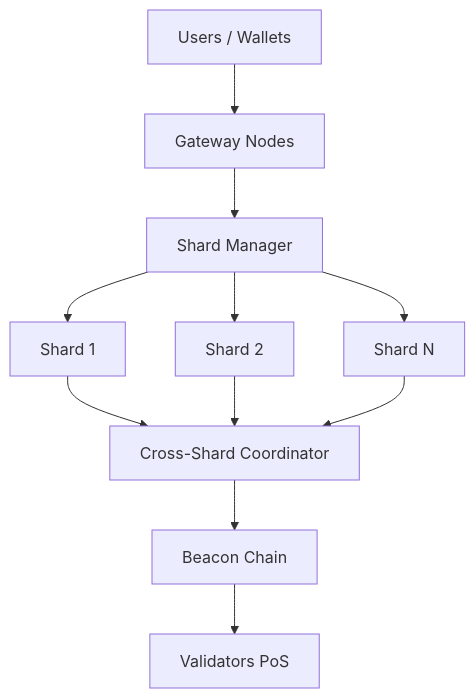
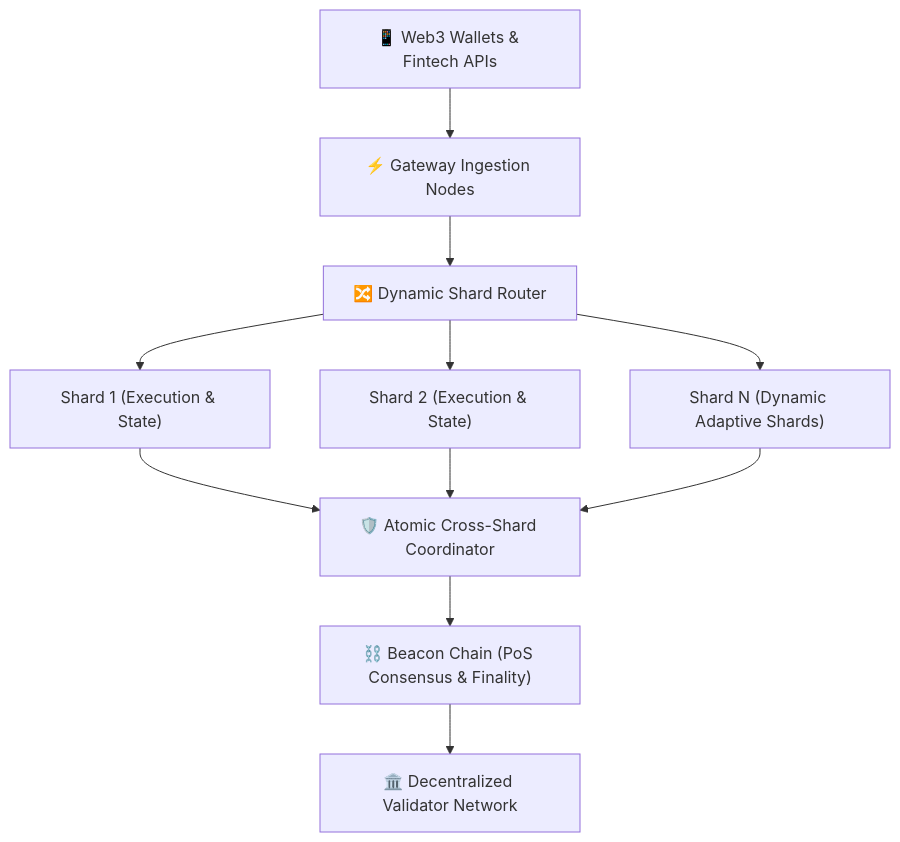
One commit to ishandutta2007/CoinsFlow changed the diagram in README.md. Above: the diagram before and after it, drawn with Mermaid. The commit also changed other lines of this file, not shown here.

````diff
--- a/README.md
+++ b/README.md
@@ -84,9 +91,11 @@
 ```mermaid
 graph TD
-    A[Users / Wallets] --> B[Gateway Nodes]
-    B --> C[Shard Manager]
-    C --> D[Shard 1] & E[Shard 2] & F[Shard N]
-    D & E & F --> G[Cross-Shard Coordinator]
-    G --> H[Beacon Chain]
-    H --> I[Validators PoS]
+    User["📱 Web3 Wallets & Fintech APIs"] --> Gateway["⚡ Gateway Ingestion Nodes"]
+    Gateway --> Router["🔀 Dynamic Shard Router"]
+    Router --> S1["Shard 1 (Execution & State)"]
+    Router --> S2["Shard 2 (Execution & State)"]
+    Router --> Sn["Shard N (Dynamic Adaptive Shards)"]
+    S1 & S2 & Sn --> Coordinator["🛡️ Atomic Cross-Shard Coordinator"]
+    Coordinator --> Beacon["⛓️ Beacon Chain (PoS Consensus & Finality)"]
+    Beacon --> Validators["🏛️ Decentralized Validator Network"]
 ```
````
